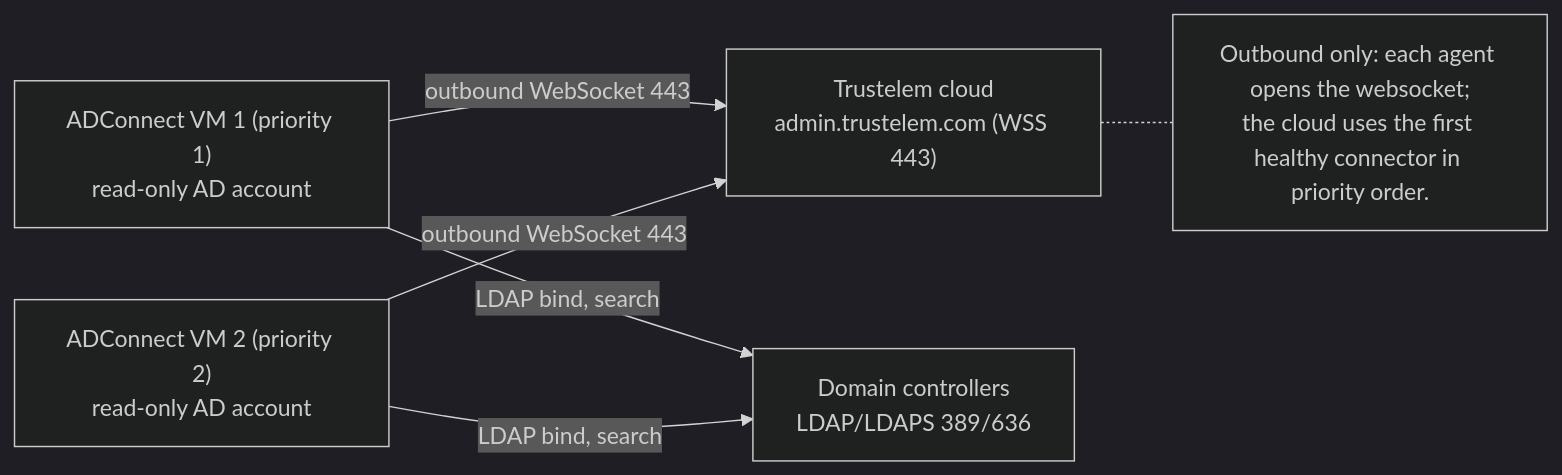
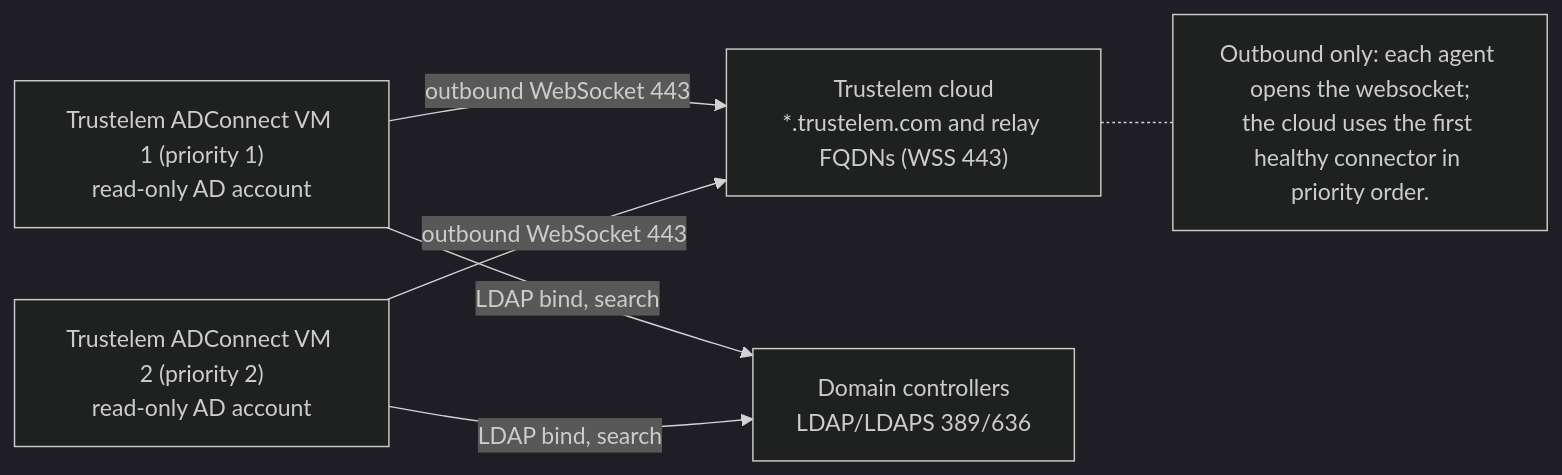
One commit to morandeirachema/Trustelem- changed the diagram in docs/trustelem/02-directory-sync-adconnect.md. Above: the diagram before and after it, drawn with Mermaid (dark theme). The commit also changed 19 other files, not shown here.

Commit message:
Audit pass 2: diagrams synced with text, AM RADIUS listener 2812, Authentication domain name rule, gap B7

````diff
--- a/docs/trustelem/02-directory-sync-adconnect.md
+++ b/docs/trustelem/02-directory-sync-adconnect.md
@@ -16,13 +16,13 @@
 ```mermaid
 flowchart LR
-    CLOUD["Trustelem cloud<br/>admin.trustelem.com (WSS 443)"]
-    A1["ADConnect VM 1 (priority 1)<br/>read-only AD account"]
-    A2["ADConnect VM 2 (priority 2)<br/>read-only AD account"]
+    CLOUD["Trustelem cloud<br/>*.trustelem.com and relay FQDNs (WSS 443)"]
+    A1["Trustelem ADConnect VM 1 (priority 1)<br/>read-only AD account"]
+    A2["Trustelem ADConnect VM 2 (priority 2)<br/>read-only AD account"]
     DC["Domain controllers<br/>LDAP/LDAPS 389/636"]
     A1 -->|outbound WebSocket 443| CLOUD
     A2 -->|outbound WebSocket 443| CLOUD
     A1 -->|LDAP bind, search| DC
     A2 -->|LDAP bind, search| DC
     NOTE["Outbound only: each agent opens the websocket;<br/>the cloud uses the first healthy connector in priority order."]
     CLOUD -.- NOTE
 ```
````
